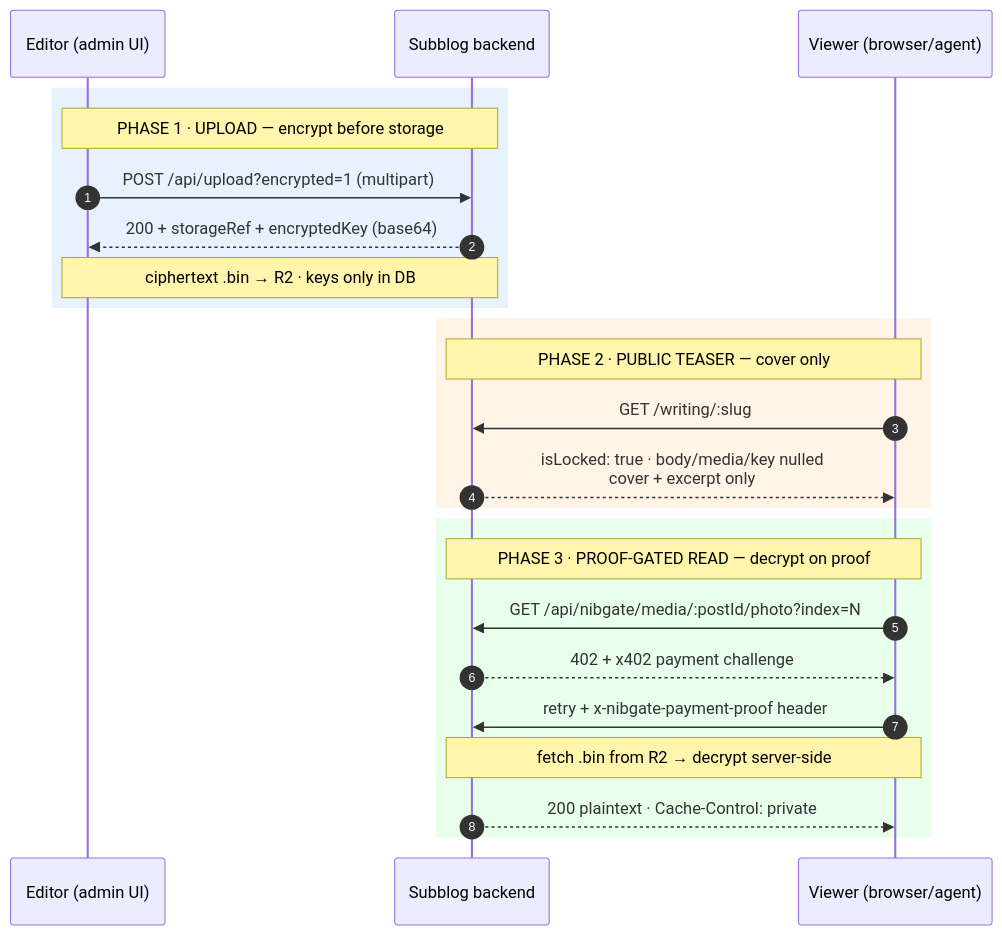
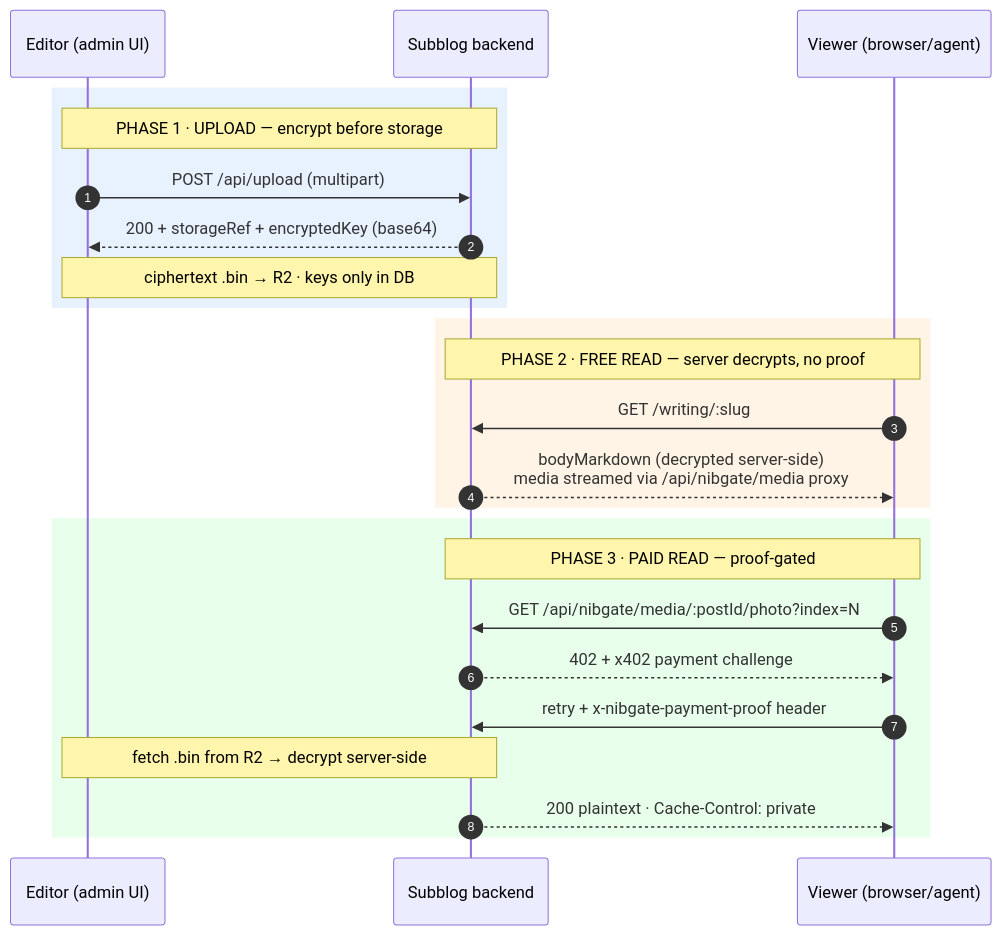
The first of 4 diagrams in docs/src/app/encryption/page.mdx (fortunesayspump/nibgate), drawn with Mermaid before and after one commit. The commit also changed other lines of this file and 116 other files, not shown here.

````diff
--- a/docs/src/app/encryption/page.mdx
+++ b/docs/src/app/encryption/page.mdx
@@ -13,29 +13,29 @@
 ```mermaid
 sequenceDiagram
     autonumber
     participant E as Editor (admin UI)
     participant B as Subblog backend
     participant V as Viewer (browser/agent)
 
     rect rgb(232, 242, 255)
     Note over E,B: PHASE 1 · UPLOAD — encrypt before storage
-    E->>B: POST /api/upload?encrypted=1 (multipart)
+    E->>B: POST /api/upload (multipart)
     B-->>E: 200 + storageRef + encryptedKey (base64)
     Note over E,B: ciphertext .bin → R2 · keys only in DB
     end
 
     rect rgb(255, 244, 230)
-    Note over V,B: PHASE 2 · PUBLIC TEASER — cover only
+    Note over V,B: PHASE 2 · FREE READ — server decrypts, no proof
     V->>B: GET /writing/:slug
-    B-->>V: isLocked: true · body/media/key nulled<br/>cover + excerpt only
+    B-->>V: bodyMarkdown (decrypted server-side)<br/>media streamed via /api/nibgate/media proxy
     end
 
     rect rgb(232, 255, 235)
-    Note over V,B: PHASE 3 · PROOF-GATED READ — decrypt on proof
+    Note over V,B: PHASE 3 · PAID READ — proof-gated
     V->>B: GET /api/nibgate/media/:postId/photo?index=N
     B-->>V: 402 + x402 payment challenge
     V->>B: retry + x-nibgate-payment-proof header
-    Note over V,B: fetch .bin from R2 → decrypt server-side
+    Note over E,B: fetch .bin from R2 → decrypt server-side
     B-->>V: 200 plaintext · Cache-Control: private
     end
 ```
````
